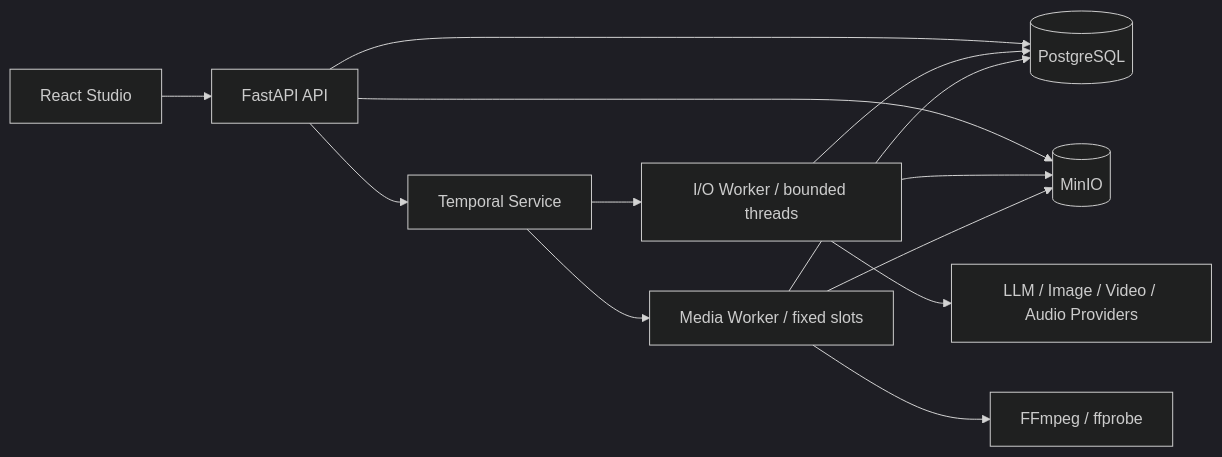
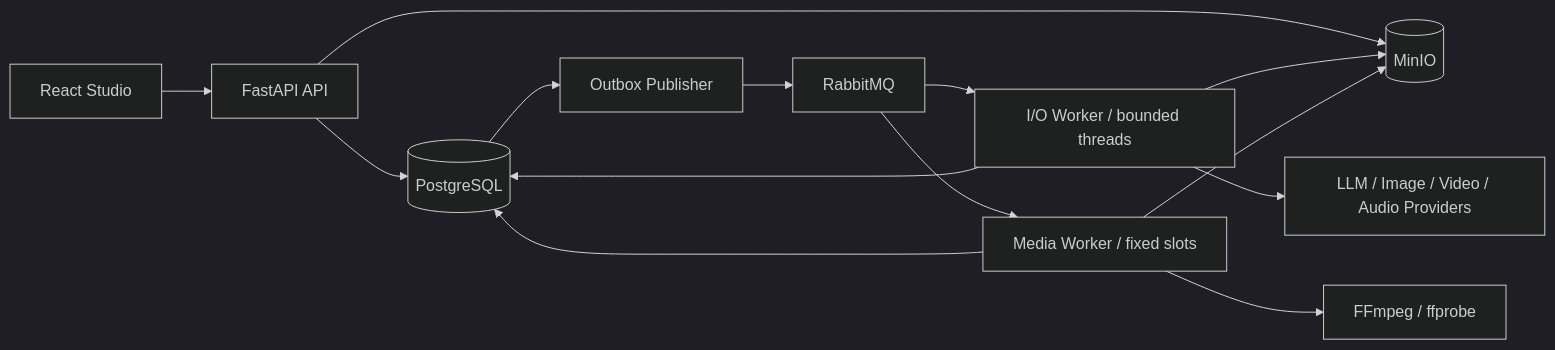
The diagram in docs/design/002-人工智能短剧平台架构与技术选型.md (StephenQiu30/lanverse), drawn with Mermaid (dark theme) before and after one commit. The commit also changed other lines of this file and 1 other file, not shown here.

First line of the commit message:
docs: 使用 RabbitMQ 简化任务架构

````diff
--- a/docs/design/002-人工智能短剧平台架构与技术选型.md
+++ b/docs/design/002-人工智能短剧平台架构与技术选型.md
@@ -37,15 +37,16 @@
 ```mermaid
 flowchart LR
     UI["React Studio"] --> API["FastAPI API"]
     API --> PG[(PostgreSQL)]
     API --> MINIO[(MinIO)]
-    API --> TEMP["Temporal Service"]
-    TEMP --> IOW["I/O Worker / bounded threads"]
-    TEMP --> MEDIAW["Media Worker / fixed slots"]
+    PG --> PUB["Outbox Publisher"]
+    PUB --> MQ["RabbitMQ"]
+    MQ --> IOW["I/O Worker / bounded threads"]
+    MQ --> MEDIAW["Media Worker / fixed slots"]
     IOW --> PG
     IOW --> MINIO
     IOW --> MODEL["LLM / Image / Video / Audio Providers"]
     MEDIAW --> PG
     MEDIAW --> MINIO
     MEDIAW --> MEDIA["FFmpeg / ffprobe"]
 ```
````
